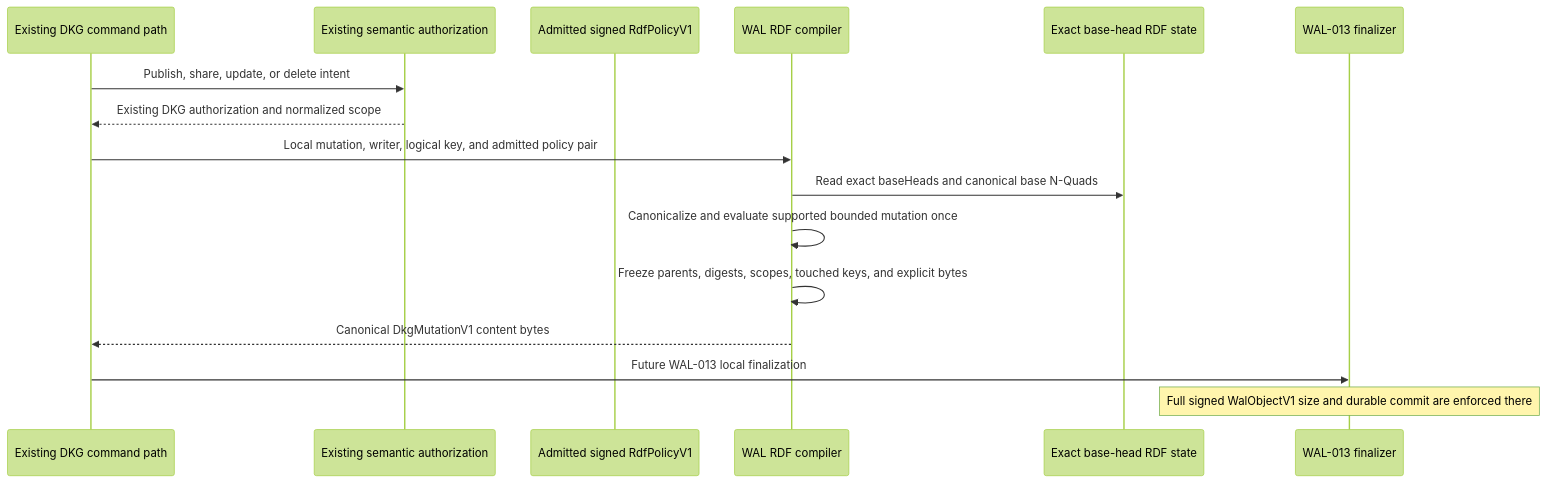
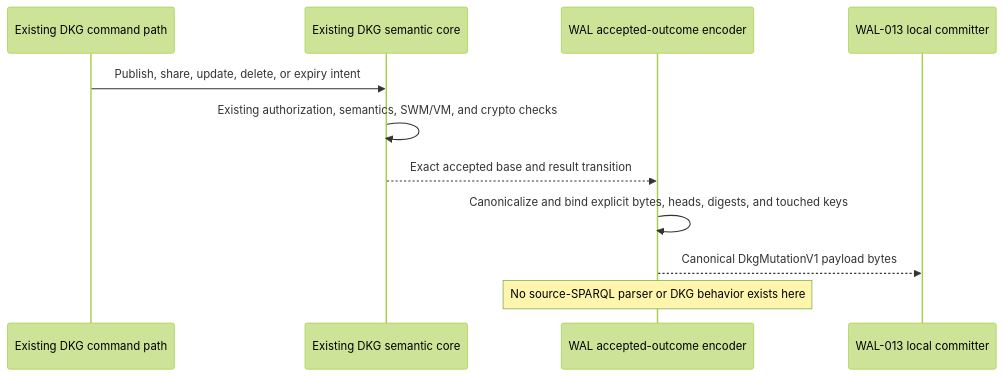
Before and after one commit to OriginTrail/dkg: the first of 2 diagrams in docs/active-now/wal-parallel-protocol-task-pack/WAL-012-EVIDENCE.md, drawn with Mermaid (forest theme). The commit also changed other lines of this file and 32 other files, not shown here.

Commit message:
Enforce one shared DKG semantic core

````diff
--- a/docs/active-now/wal-parallel-protocol-task-pack/WAL-012-EVIDENCE.md
+++ b/docs/active-now/wal-parallel-protocol-task-pack/WAL-012-EVIDENCE.md
@@ -19,18 +17,13 @@
 ```mermaid
 sequenceDiagram
     participant D as Existing DKG command path
-    participant A as Existing semantic authorization
-    participant P as Admitted signed RdfPolicyV1
-    participant C as WAL RDF compiler
-    participant S as Exact base-head RDF state
-    participant F as WAL-013 finalizer
-    D->>A: Publish, share, update, or delete intent
-    A-->>D: Existing DKG authorization and normalized scope
-    D->>C: Local mutation, writer, logical key, and admitted policy pair
-    C->>S: Read exact baseHeads and canonical base N-Quads
-    C->>C: Canonicalize and evaluate supported bounded mutation once
-    C->>C: Freeze parents, digests, scopes, touched keys, and explicit bytes
-    C-->>D: Canonical DkgMutationV1 content bytes
-    D->>F: Future WAL-013 local finalization
-    Note over F: Full signed WalObjectV1 size and durable commit are enforced there
+    participant S as Existing DKG semantic core
+    participant E as WAL accepted-outcome encoder
+    participant W as WAL-013 local committer
+    D->>S: Publish, share, update, delete, or expiry intent
+    S->>S: Existing authorization, semantics, SWM/VM, and crypto checks
+    S-->>E: Exact accepted base and result transition
+    E->>E: Canonicalize and bind explicit bytes, heads, digests, and touched keys
+    E-->>W: Canonical DkgMutationV1 payload bytes
+    Note over E: No source-SPARQL parser or DKG behavior exists here
 ```
````
